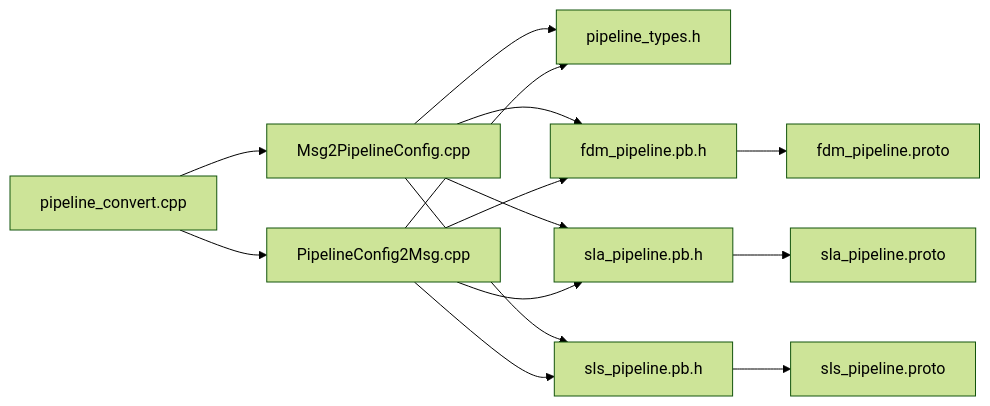
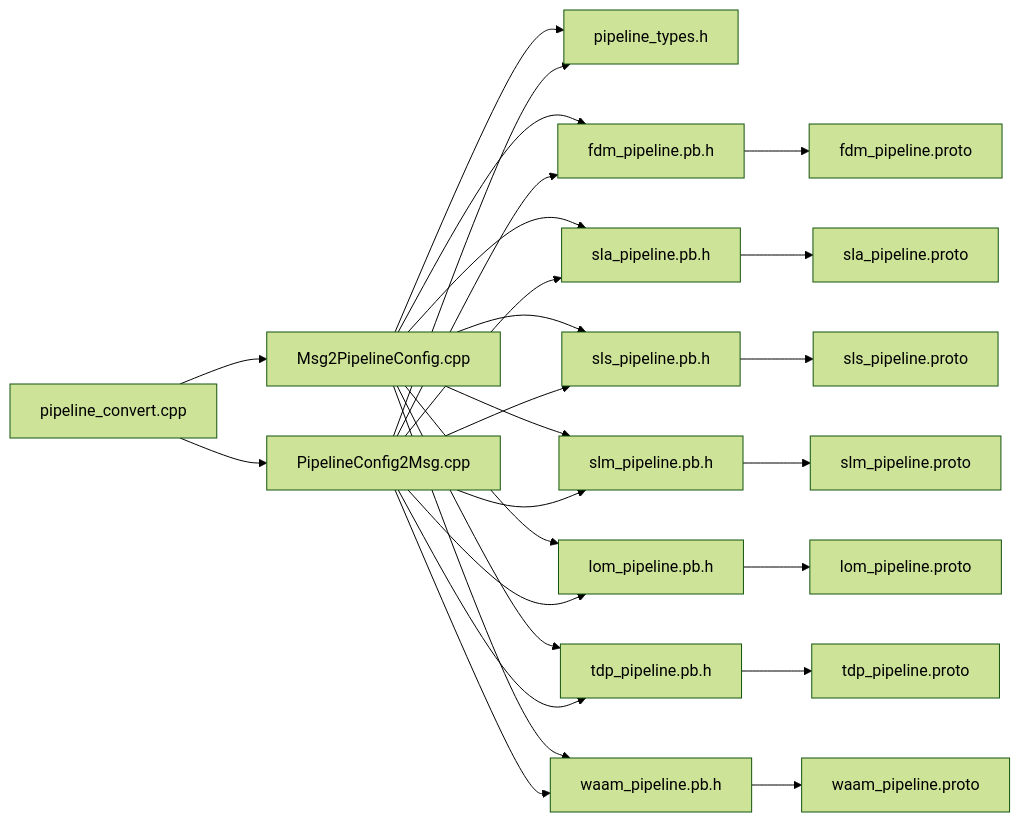
The seventh of 7 diagrams in .qoder/repowiki/en/content/API Reference/Pipeline Conversion API.md (hsmbanlance/HsBaSlicer), drawn with Mermaid (forest theme) before and after one commit. The commit also changed other lines of this file and 20 other files, not shown here.

````diff
--- a/.qoder/repowiki/en/content/API Reference/Pipeline Conversion API.md
+++ b/.qoder/repowiki/en/content/API Reference/Pipeline Conversion API.md
@@ -477,16 +464,28 @@
 ```mermaid
 graph LR
 A["pipeline_convert.cpp"] --> B["Msg2PipelineConfig.cpp"]
 A --> C["PipelineConfig2Msg.cpp"]
 B --> D["pipeline_types.h"]
 C --> D
 B --> E["fdm_pipeline.pb.h"]
 B --> F["sla_pipeline.pb.h"]
 B --> G["sls_pipeline.pb.h"]
+B --> H["slm_pipeline.pb.h"]
+B --> I["lom_pipeline.pb.h"]
+B --> J["tdp_pipeline.pb.h"]
+B --> K["waam_pipeline.pb.h"]
 C --> E
 C --> F
 C --> G
-E --> H["fdm_pipeline.proto"]
-F --> I["sla_pipeline.proto"]
-G --> J["sls_pipeline.proto"]
+C --> H
+C --> I
+C --> J
+C --> K
+E --> L["fdm_pipeline.proto"]
+F --> M["sla_pipeline.proto"]
+G --> N["sls_pipeline.proto"]
+H --> O["slm_pipeline.proto"]
+I --> P["lom_pipeline.proto"]
+J --> Q["tdp_pipeline.proto"]
+K --> R["waam_pipeline.proto"]
 ```
````
